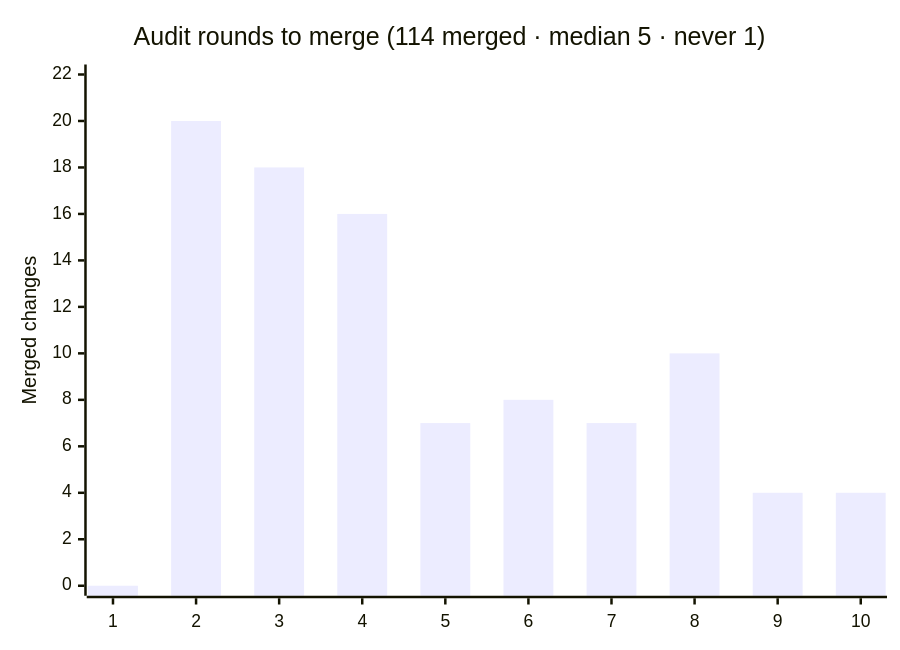
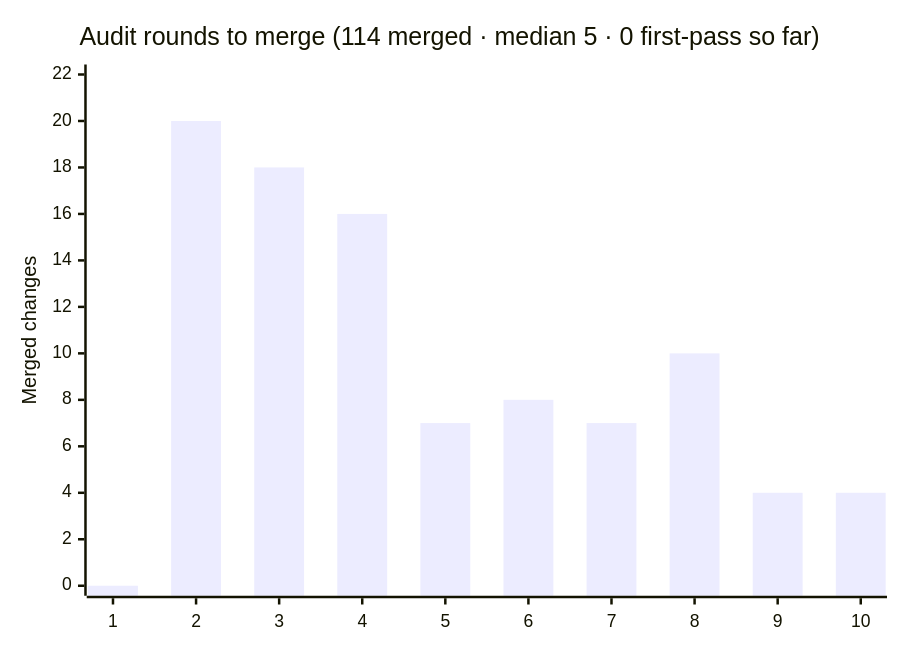
The second of 3 diagrams in README.md (AdamFrisby/CodeyBox), drawn with Mermaid before and after one commit. The commit also changed other lines of this file, not shown here.

First line of the commit message:
README: reframe first-pass audit claim as empirical, not absolute

````diff
--- a/README.md
+++ b/README.md
@@ -199,7 +201,7 @@
 ```mermaid
 xychart-beta
-    title "Audit rounds to merge (114 merged · median 5 · never 1)"
+    title "Audit rounds to merge (114 merged · median 5 · 0 first-pass so far)"
     x-axis [1, 2, 3, 4, 5, 6, 7, 8, 9, 10]
     y-axis "Merged changes" 0 --> 22
     bar [0, 20, 18, 16, 7, 8, 7, 10, 4, 4]
 ```
````
